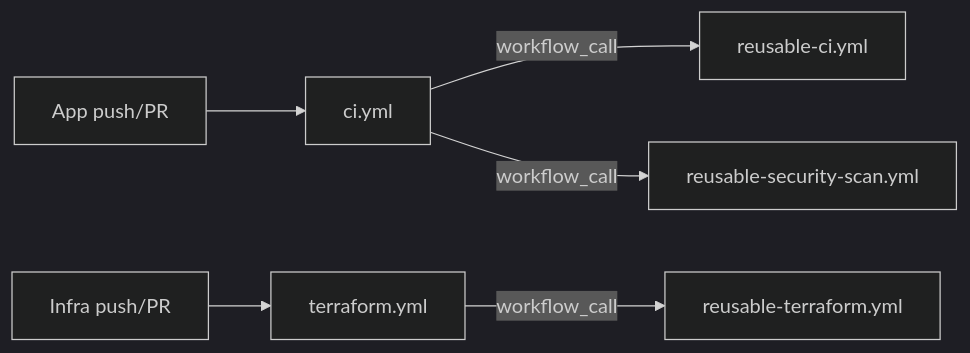
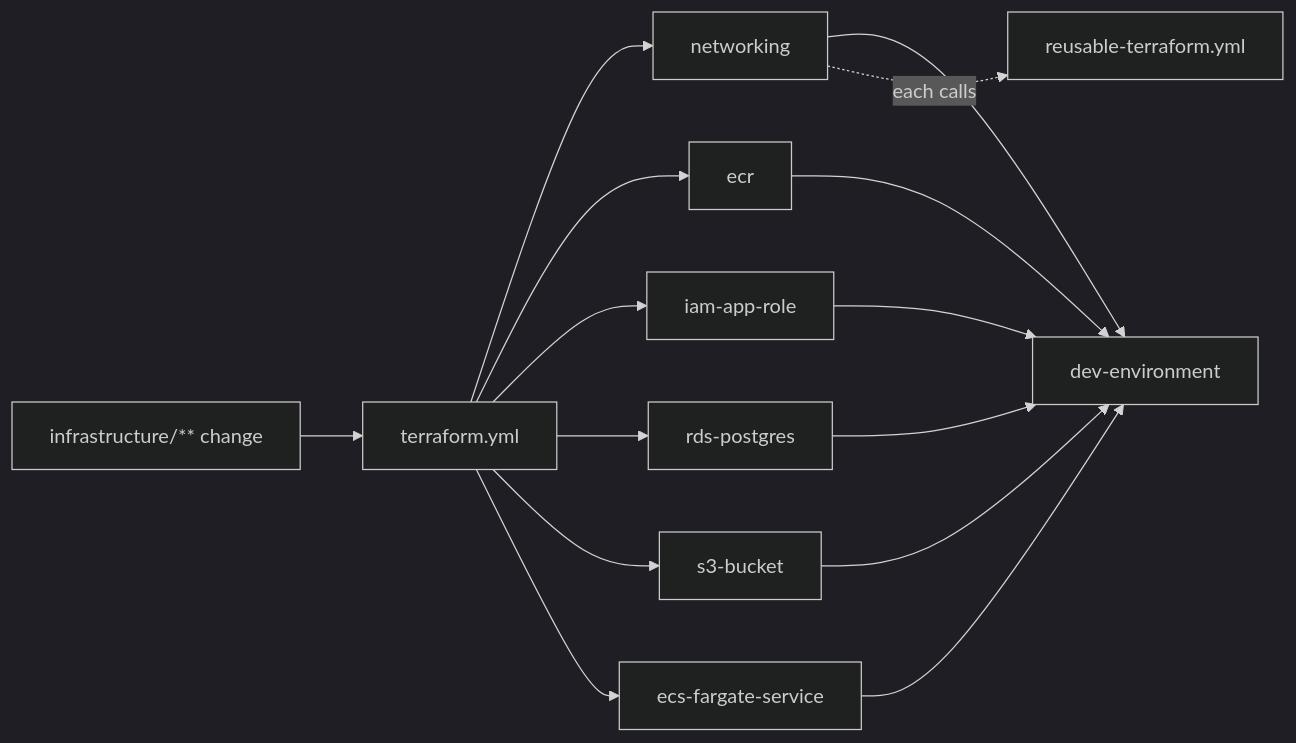
One commit to Dsamarareddy/capstone-project changed the second of 2 diagrams in docs/ai-specifications/workflow-spec.md. Above: the diagram before and after it, drawn with Mermaid (dark theme). The commit also changed other lines of this file and 82 other files, not shown here.

````diff
--- a/docs/ai-specifications/workflow-spec.md
+++ b/docs/ai-specifications/workflow-spec.md
@@ -13,8 +133,7 @@
 ```mermaid
 flowchart LR
-    A[App push/PR] --> CI[ci.yml]
-    CI -->|workflow_call| RCI[reusable-ci.yml]
-    CI -->|workflow_call| RSEC[reusable-security-scan.yml]
-    T[Infra push/PR] --> TF[terraform.yml]
-    TF -->|workflow_call| RTF[reusable-terraform.yml]
+    P[infrastructure/** change] --> T[terraform.yml]
+    T --> M1[networking] & M2[ecr] & M3[iam-app-role] & M4[rds-postgres] & M5[s3-bucket] & M6[ecs-fargate-service]
+    M1 & M2 & M3 & M4 & M5 & M6 --> E[dev-environment]
+    M1 -. each calls .-> RT[reusable-terraform.yml]
 ```
````
